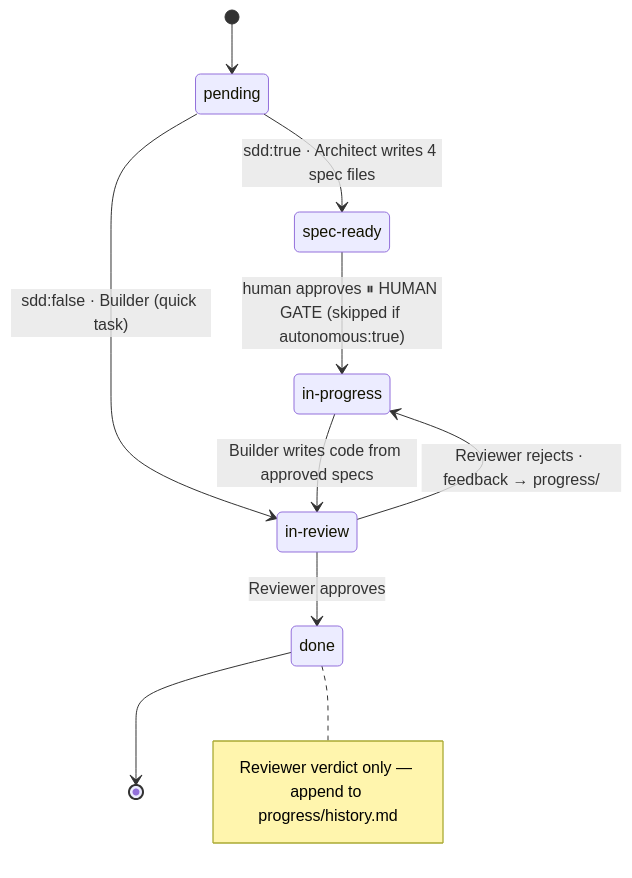
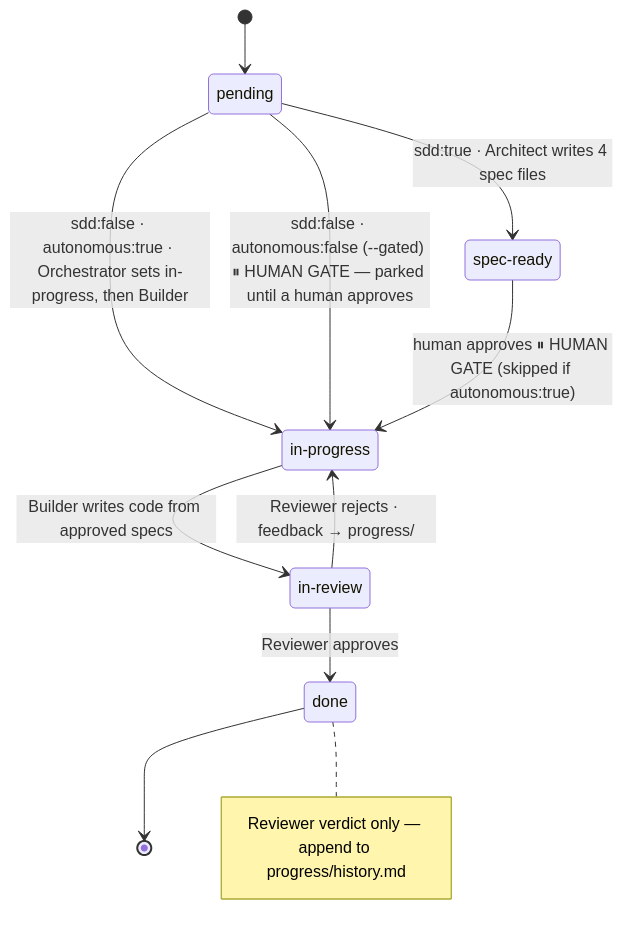
The second of 2 diagrams in docs/WORKFLOW.md (araozmd/harness-sdd), drawn with Mermaid before and after one commit. The commit also changed other lines of this file and 6 other files, not shown here.

First line of the commit message:
🐛 E06-F05: make sdd:false routing set in-progress + honor --gated park (Codex P1 #3391731079, P2 #3391731083)

````diff
--- a/docs/WORKFLOW.md
+++ b/docs/WORKFLOW.md
@@ -85,16 +85,17 @@
 ```mermaid
 stateDiagram-v2
     state "spec-ready" as spec_ready
     state "in-progress" as in_progress
     state "in-review" as in_review
 
     [*] --> pending
     pending --> spec_ready: sdd:true · Architect writes 4 spec files
-    pending --> in_review: sdd:false · Builder (quick task)
+    pending --> in_progress: sdd:false · autonomous:true · Orchestrator sets in-progress, then Builder
+    pending --> in_progress: sdd:false · autonomous:false (--gated) ⏸ HUMAN GATE — parked until a human approves
     spec_ready --> in_progress: human approves ⏸ HUMAN GATE (skipped if autonomous:true)
     in_progress --> in_review: Builder writes code from approved specs
     in_review --> done: Reviewer approves
     in_review --> in_progress: Reviewer rejects · feedback → progress/
     done --> [*]
     note right of done: Reviewer verdict only — append to progress/history.md
 ```
````
